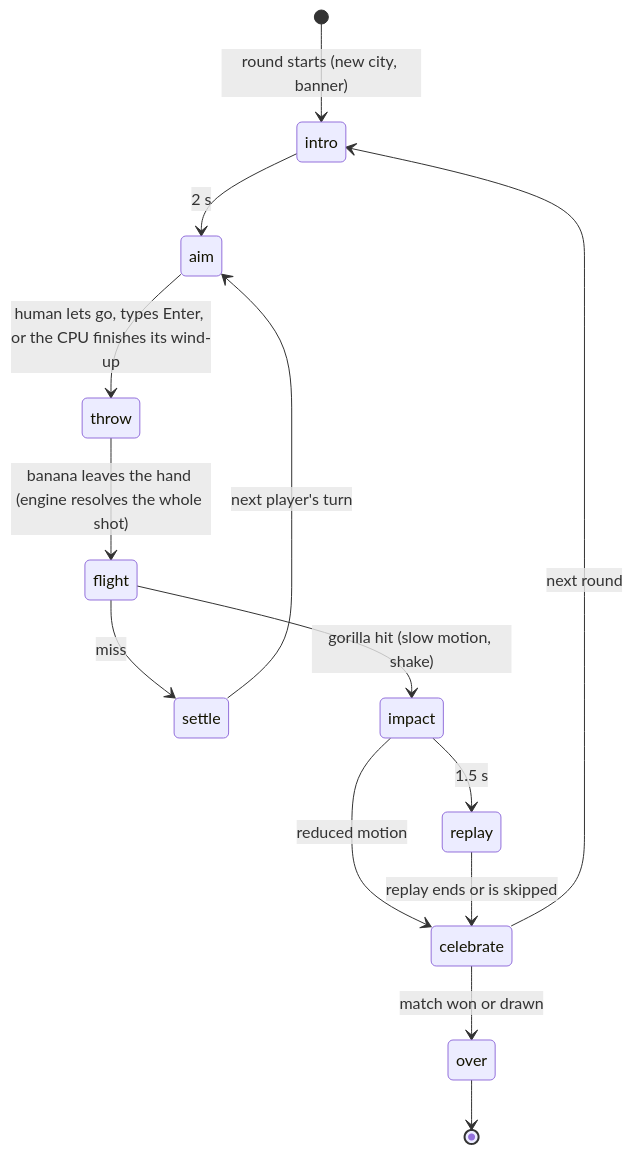
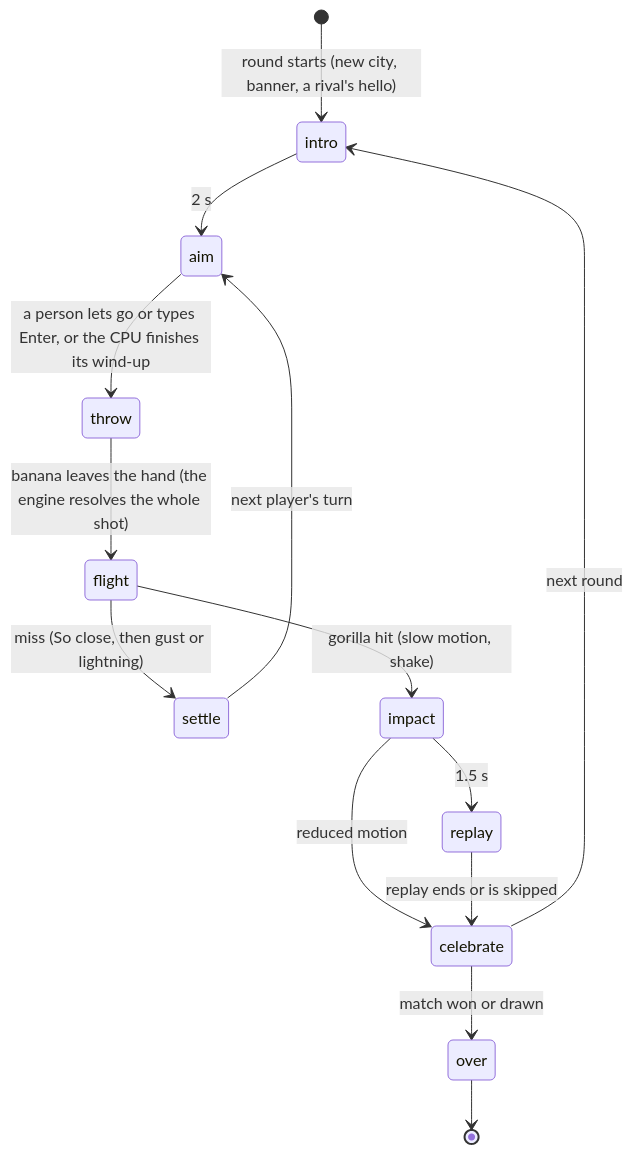
The third of 8 diagrams in ports/skyline-showdown/docs/ARCHITECTURE.md (agunawijaya/NeoArcade), drawn with Mermaid before and after one commit. The commit also changed other lines of this file and 97 other files, not shown here.

````diff
--- a/ports/skyline-showdown/docs/ARCHITECTURE.md
+++ b/ports/skyline-showdown/docs/ARCHITECTURE.md
@@ -150,16 +220,16 @@
 ```mermaid
 stateDiagram-v2
-  [*] --> intro: round starts (new city, banner)
+  [*] --> intro: round starts (new city, banner, a rival's hello)
   intro --> aim: 2 s
-  aim --> throw: human lets go, types Enter, or the CPU finishes its wind-up
-  throw --> flight: banana leaves the hand (engine resolves the whole shot)
-  flight --> settle: miss
+  aim --> throw: a person lets go or types Enter, or the CPU finishes its wind-up
+  throw --> flight: banana leaves the hand (the engine resolves the whole shot)
+  flight --> settle: miss (So close, then gust or lightning)
   settle --> aim: next player's turn
   flight --> impact: gorilla hit (slow motion, shake)
   impact --> replay: 1.5 s
   impact --> celebrate: reduced motion
   replay --> celebrate: replay ends or is skipped
   celebrate --> intro: next round
   celebrate --> over: match won or drawn
   over --> [*]
 ```
````
